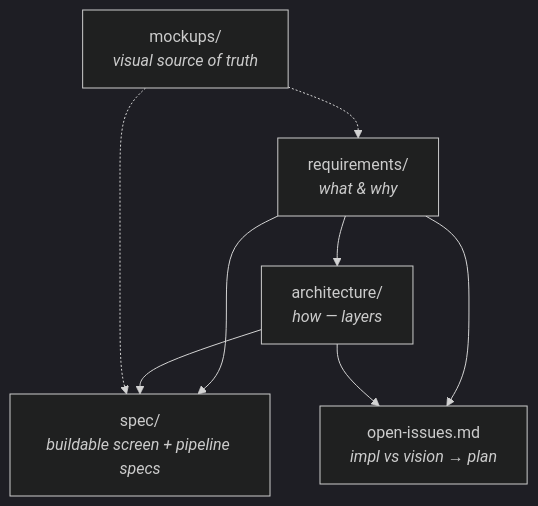
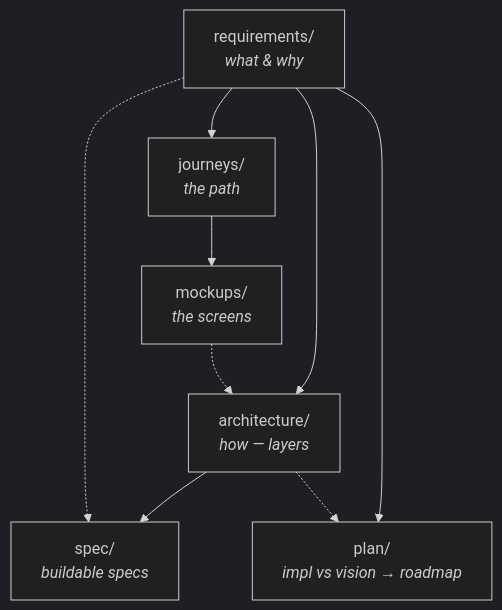
Before and after one commit to sensei-hq/sensei: the diagram in docs/requirements/README.md, drawn with Mermaid (dark theme). The commit also changed other lines of this file and 277 other files, not shown here.

````diff
--- a/docs/requirements/README.md
+++ b/docs/requirements/README.md
@@ -22,10 +25,11 @@
 ```mermaid
 flowchart TD
-    R["requirements/<br/><i>what &amp; why</i>"] --> A["architecture/<br/><i>how — layers</i>"]
-    R --> S["spec/<br/><i>buildable screen + pipeline specs</i>"]
-    A --> S
-    M["mockups/<br/><i>visual source of truth</i>"] -.-> R
-    M -.-> S
-    R --> O["open-issues.md<br/><i>impl vs vision → plan</i>"]
-    A --> O
+    R["requirements/<br/><i>what &amp; why</i>"] --> J["journeys/<br/><i>the path</i>"]
+    J --> M["mockups/<br/><i>the screens</i>"]
+    R --> A["architecture/<br/><i>how — layers</i>"]
+    M -.-> A
+    A --> S["spec/<br/><i>buildable specs</i>"]
+    R -.-> S
+    R --> P["plan/<br/><i>impl vs vision → roadmap</i>"]
+    A -.-> P
 ```
````
